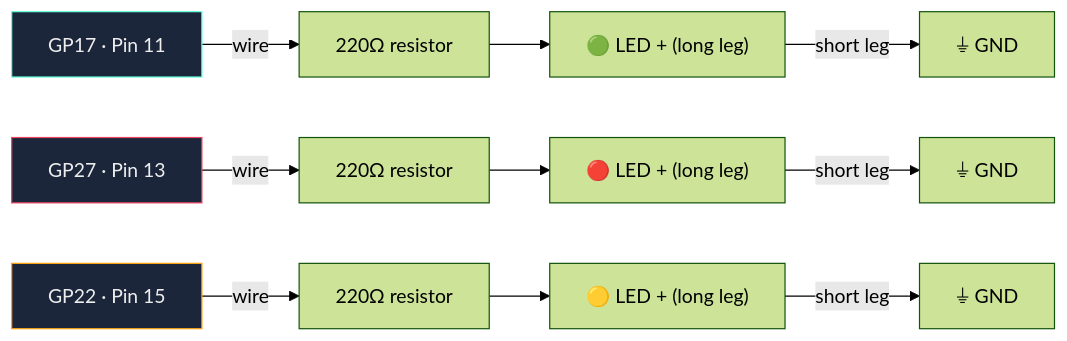
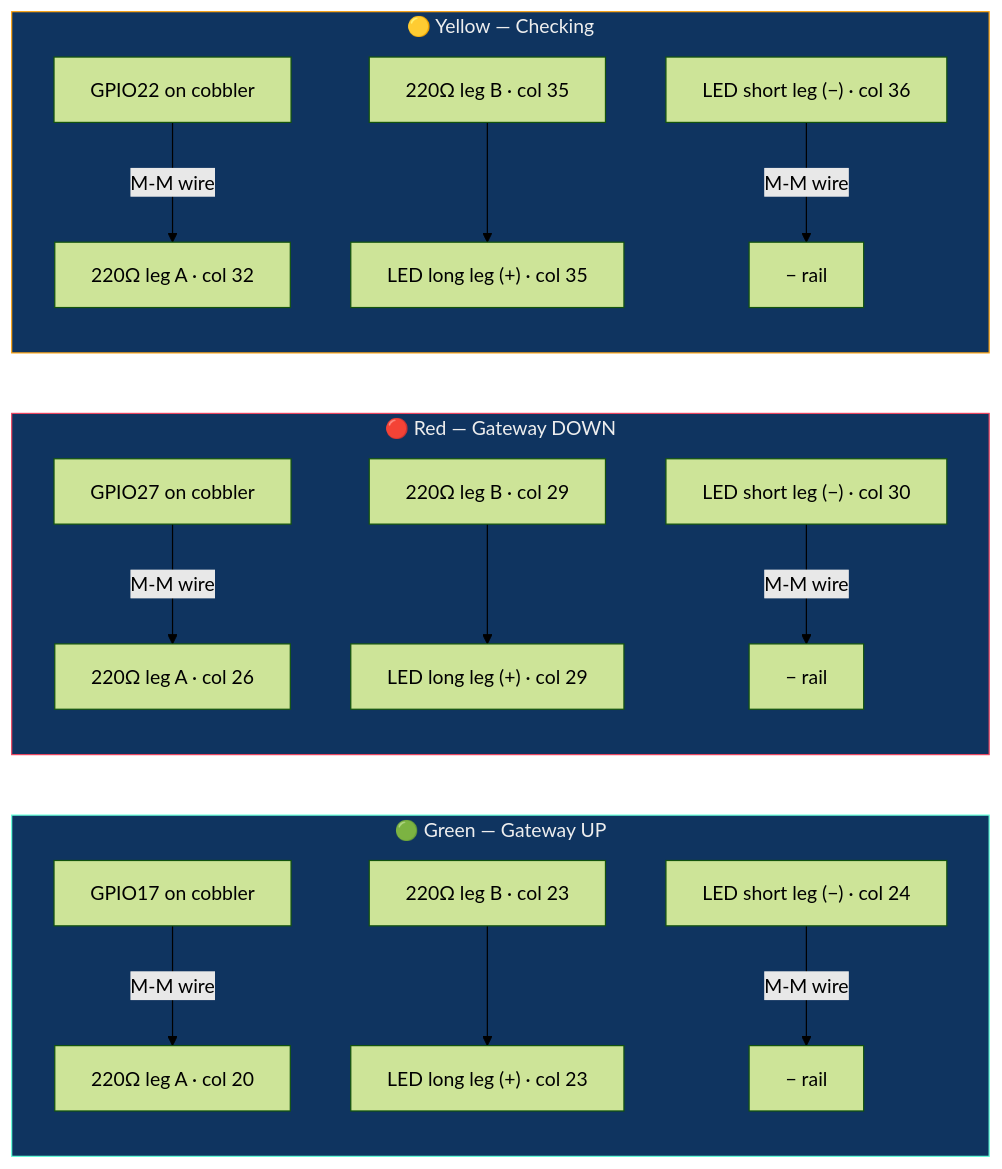
The fourth of 10 diagrams in docs/WIRING.md (BigDawg013/clawpi-scout), drawn with Mermaid (forest theme) before and after one commit. The commit also changed other lines of this file, not shown here.

First line of the commit message:
Update WIRING.md with T-cobbler Mermaid diagrams

````diff
--- a/docs/WIRING.md
+++ b/docs/WIRING.md
@@ -107,18 +138,24 @@
 ```mermaid
 graph LR
-    GP17["GP17 · Pin 11"] -->|wire| R1["220Ω resistor"]
-    R1 --> GL["🟢 LED + (long leg)"]
-    GL -->|"short leg"| GND1["⏚ GND"]
+    subgraph GREEN["🟢 Green — Gateway UP"]
+        GP17["GPIO17 on cobbler"] -->|"M-M wire"| R1A["220Ω leg A · col 20"]
+        R1B["220Ω leg B · col 23"] --> GL_PLUS["LED long leg (+) · col 23"]
+        GL_MINUS["LED short leg (−) · col 24"] -->|"M-M wire"| GND1["− rail"]
+    end
 
-    GP27["GP27 · Pin 13"] -->|wire| R2["220Ω resistor"]
-    R2 --> RL["🔴 LED + (long leg)"]
-    RL -->|"short leg"| GND2["⏚ GND"]
+    subgraph RED["🔴 Red — Gateway DOWN"]
+        GP27["GPIO27 on cobbler"] -->|"M-M wire"| R2A["220Ω leg A · col 26"]
+        R2B["220Ω leg B · col 29"] --> RL_PLUS["LED long leg (+) · col 29"]
+        RL_MINUS["LED short leg (−) · col 30"] -->|"M-M wire"| GND2["− rail"]
+    end
 
-    GP22["GP22 · Pin 15"] -->|wire| R3["220Ω resistor"]
-    R3 --> YL["🟡 LED + (long leg)"]
-    YL -->|"short leg"| GND3["⏚ GND"]
+    subgraph YELLOW["🟡 Yellow — Checking"]
+        GP22["GPIO22 on cobbler"] -->|"M-M wire"| R3A["220Ω leg A · col 32"]
+        R3B["220Ω leg B · col 35"] --> YL_PLUS["LED long leg (+) · col 35"]
+        YL_MINUS["LED short leg (−) · col 36"] -->|"M-M wire"| GND3["− rail"]
+    end
 
-    style GP17 fill:#1b263b,stroke:#64ffda,color:#eee
-    style GP27 fill:#1b263b,stroke:#e94560,color:#eee
-    style GP22 fill:#1b263b,stroke:#fca311,color:#eee
+    style GREEN fill:#0f3460,stroke:#64ffda,color:#eee
+    style RED fill:#0f3460,stroke:#e94560,color:#eee
+    style YELLOW fill:#0f3460,stroke:#fca311,color:#eee
 ```
````
